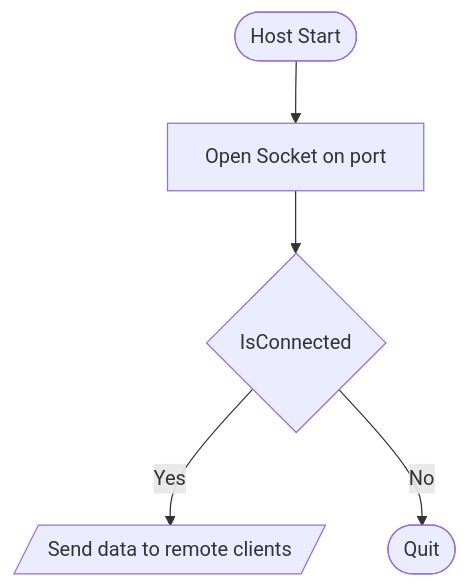
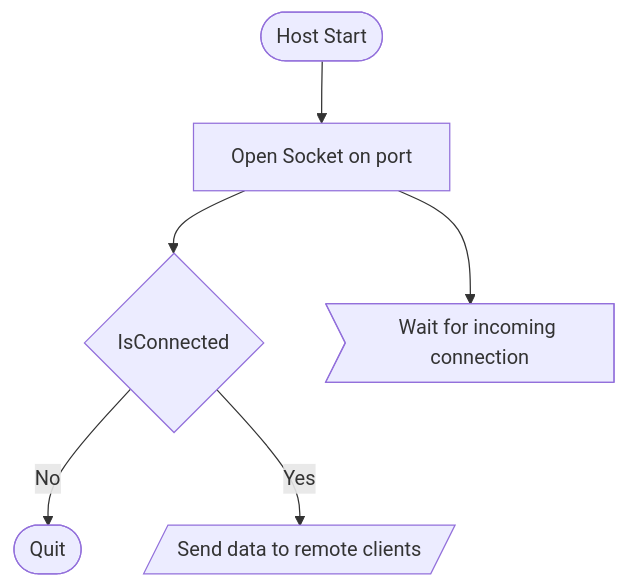
The diagram in README.md (GMcMichael/ThornNetworking), drawn with Mermaid before and after one commit.

````diff
--- a/README.md
+++ b/README.md
@@ -1,7 +1,9 @@
 ```mermaid
 graph TD
   A([Host Start]) --> B[Open Socket on port]
   B-->C{IsConnected}
-  C-- Yes -->D[/Send data to remote clients/]
-  C-- No -->E([Quit])
+  C-- No -->D([Quit])
+  C-- Yes -->E[/Send data to remote clients/]
+
+  B-->F>Wait for incoming connection]
 ```
````
